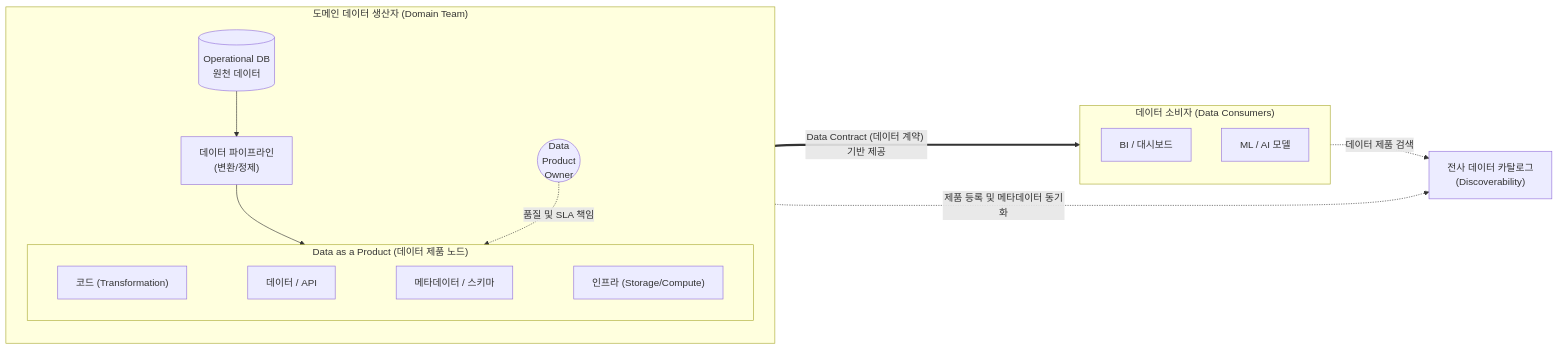
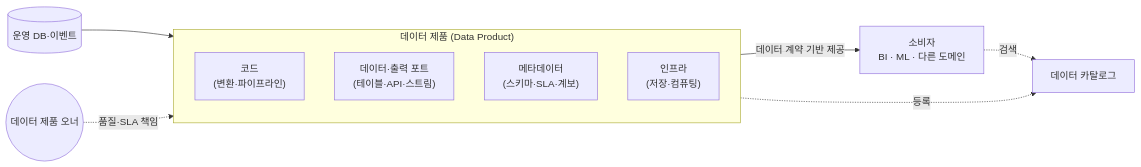
One commit to supremethumb/supremethumb.github.io changed the diagram in content/01_IT Tech/Daap(Data as a product).md. Above: the diagram before and after it, drawn with Mermaid. The commit also changed other lines of this file and 1087 other files, not shown here.

````diff
--- a/content/01_IT Tech/Daap(Data as a product).md
+++ b/content/01_IT Tech/Daap(Data as a product).md
@@ -31,31 +36,16 @@
 ```mermaid
 flowchart LR
-    subgraph Domain_Producer ["도메인 데이터 생산자 (Domain Team)"]
+    S[("운영 DB·이벤트")]
+    subgraph DP["데이터 제품 (Data Product)"]
         direction TB
-        RawDB[(Operational DB<br/>원천 데이터)] --> DataOps["데이터 파이프라인<br/>(변환/정제)"]
-        
-        subgraph Data_Product ["Data as a Product (데이터 제품 노드)"]
-            direction LR
-            Code["코드 (Transformation)"]
-            Data["데이터 / API"]
-            Meta["메타데이터 / 스키마"]
-            Infra["인프라 (Storage/Compute)"]
-            Code ~~~ Data ~~~ Meta ~~~ Infra
-        end
-        DataOps --> Data_Product
-        Owner(("Data<br/>Product<br/>Owner")) -. 품질 및 SLA 책임 .-> Data_Product
+        C["코드<br/>(변환·파이프라인)"]
+        D["데이터·출력 포트<br/>(테이블·API·스트림)"]
+        M["메타데이터<br/>(스키마·SLA·계보)"]
+        I["인프라<br/>(저장·컴퓨팅)"]
     end
-
-    subgraph Consumer_Side ["데이터 소비자 (Data Consumers)"]
-        direction TB
-        BI["BI / 대시보드"]
-        ML["ML / AI 모델"]
-    end
-
-    Catalog["전사 데이터 카탈로그<br/>(Discoverability)"]
-
-    Data_Product == "Data Contract (데이터 계약) 기반 제공" ===> Consumer_Side
-    Data_Product -. "제품 등록 및 메타데이터 동기화" .-> Catalog
-    Consumer_Side -. "데이터 제품 검색" .-> Catalog
-
+    S --> DP
+    O(("데이터 제품 오너")) -. "품질·SLA 책임" .-> DP
+    DP -->|"데이터 계약 기반 제공"| U["소비자<br/>BI · ML · 다른 도메인"]
+    DP -. "등록" .-> CAT["데이터 카탈로그"]
+    U -. "검색" .-> CAT
 ```
````
